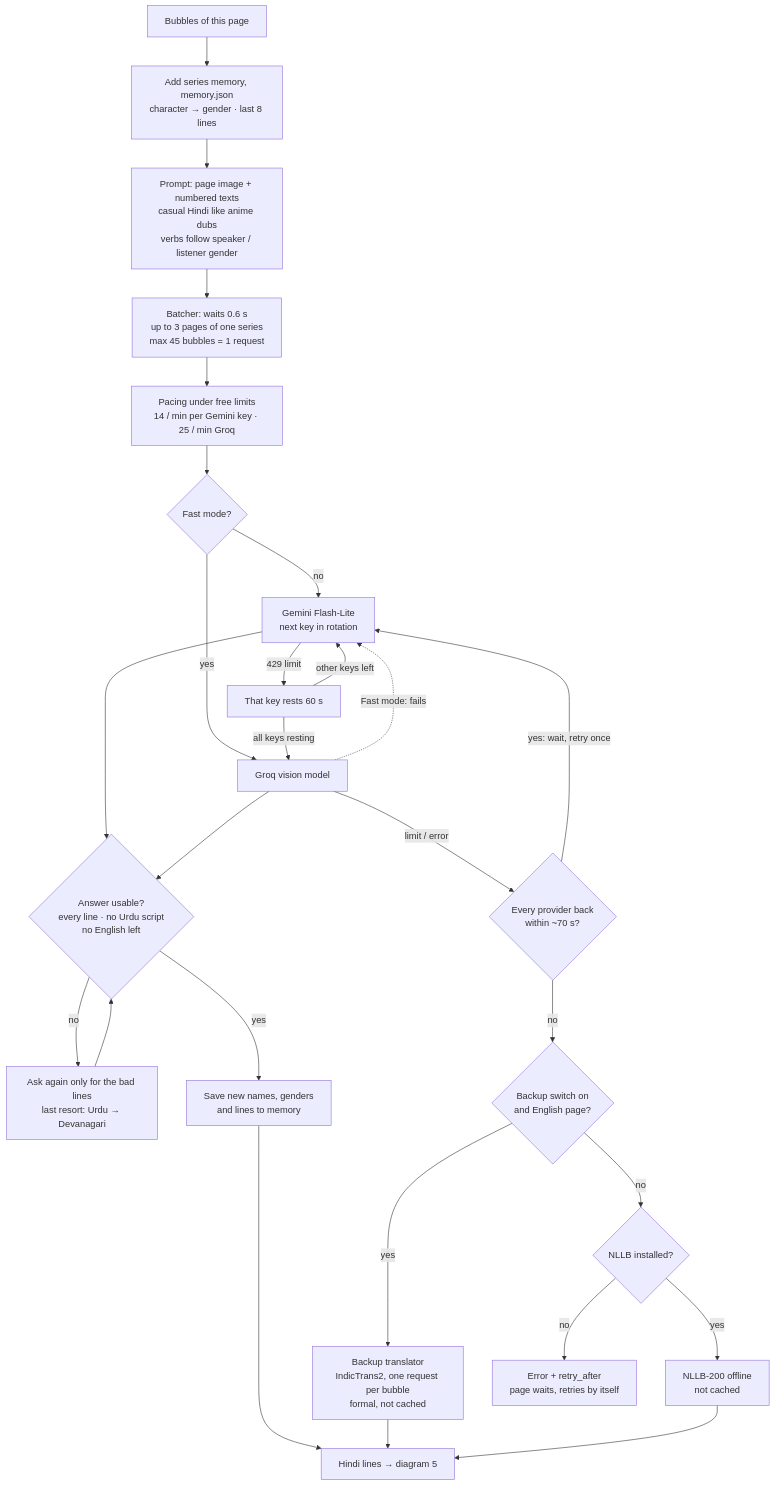
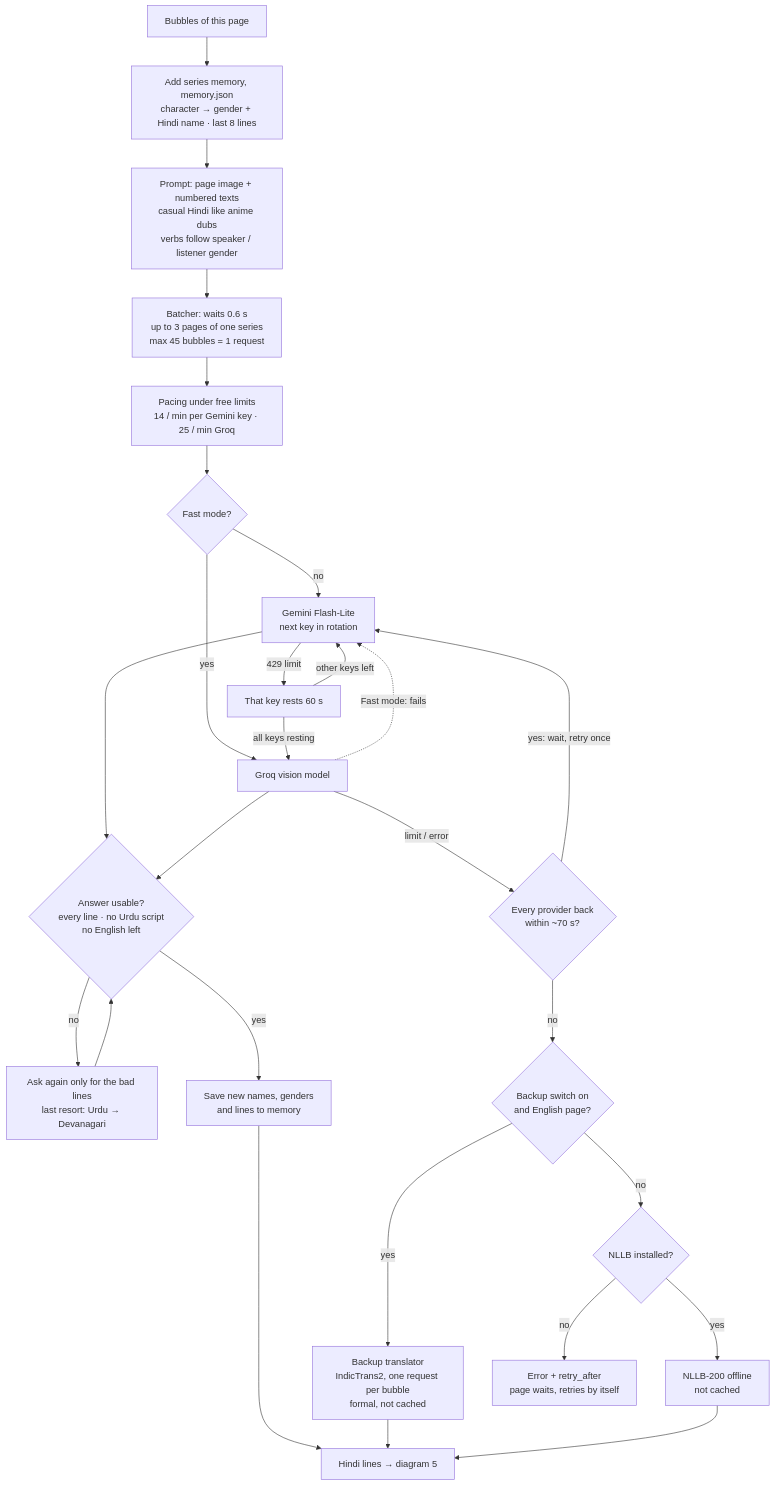
One commit to jitendra205saini/Manga-Translator changed the fourth of 5 diagrams in README.md. Above: the diagram before and after it, drawn with Mermaid. The commit also changed other lines of this file and 8 other files, not shown here.

Commit message:
v2.8.1: naam har page par ek jaise, chhote bubbles mein behtar text size aur barabar lines

````diff
--- a/README.md
+++ b/README.md
@@ -188,28 +188,28 @@
 ```mermaid
 flowchart TD
-    G["Bubbles of this page"] --> M["Add series memory, memory.json<br/>character → gender · last 8 lines"]
+    G["Bubbles of this page"] --> M["Add series memory, memory.json<br/>character → gender + Hindi name · last 8 lines"]
     M --> P["Prompt: page image + numbered texts<br/>casual Hindi like anime dubs<br/>verbs follow speaker / listener gender"]
     P --> BQ["Batcher: waits 0.6 s<br/>up to 3 pages of one series<br/>max 45 bubbles = 1 request"]
     BQ --> PC["Pacing under free limits<br/>14 / min per Gemini key · 25 / min Groq"]
     PC --> FM{"Fast mode?"}
     FM -->|"no"| GM["Gemini Flash-Lite<br/>next key in rotation"]
     FM -->|"yes"| GQ["Groq vision model"]
     GM -->|"429 limit"| KR["That key rests 60 s"]
     KR -->|"other keys left"| GM
     KR -->|"all keys resting"| GQ
     GQ -.->|"Fast mode: fails"| GM
     GM --> CK{"Answer usable?<br/>every line · no Urdu script<br/>no English left"}
     GQ --> CK
     CK -->|"no"| RA["Ask again only for the bad lines<br/>last resort: Urdu → Devanagari"]
     RA --> CK
     CK -->|"yes"| MW["Save new names, genders<br/>and lines to memory"]
     MW --> OK["Hindi lines → diagram 5"]
     GQ -->|"limit / error"| WT{"Every provider back<br/>within ~70 s?"}
     WT -->|"yes: wait, retry once"| GM
     WT -->|"no"| BK{"Backup switch on<br/>and English page?"}
     BK -->|"yes"| BT["Backup translator<br/>IndicTrans2, one request per bubble<br/>formal, not cached"]
     BT --> OK
     BK -->|"no"| NL{"NLLB installed?"}
     NL -->|"yes"| NN["NLLB-200 offline<br/>not cached"] --> OK
     NL -->|"no"| RT["Error + retry_after<br/>page waits, retries by itself"]
 ```
````
